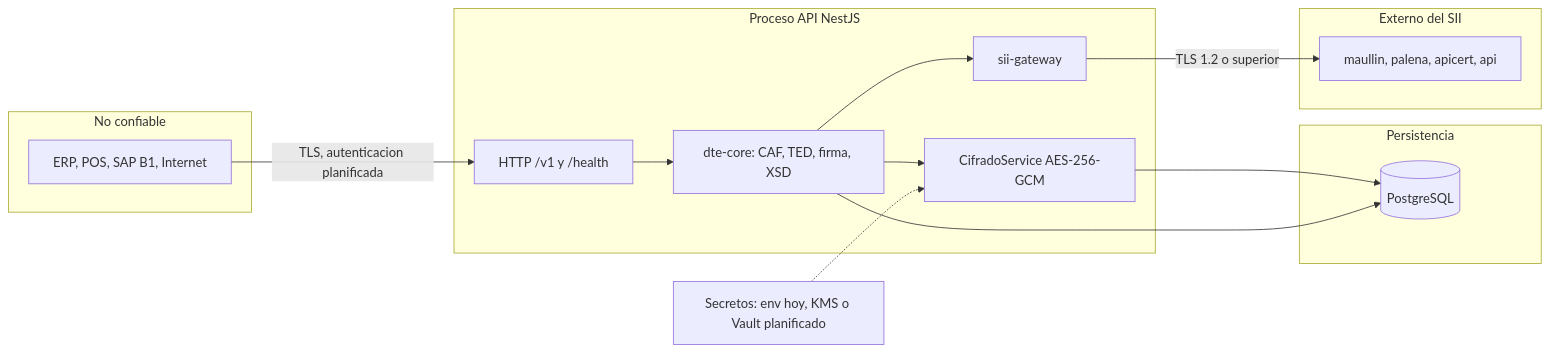
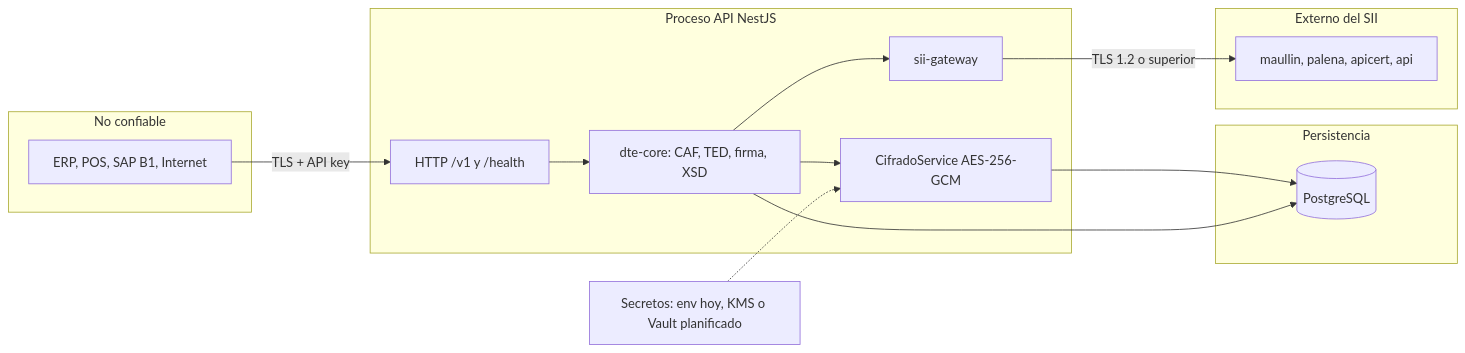
One commit to Asalas77/API_SII changed the first of 2 diagrams in docs/diseno/08-seguridad.md. Above: the diagram before and after it, drawn with Mermaid. The commit also changed other lines of this file and 41 other files, not shown here.

````diff
--- a/docs/diseno/08-seguridad.md
+++ b/docs/diseno/08-seguridad.md
@@ -26,28 +26,28 @@
 ```mermaid
 flowchart LR
     subgraph Externo["No confiable"]
         Cliente["ERP, POS, SAP B1, Internet"]
     end
     subgraph Servicio["Proceso API NestJS"]
         HTTP["HTTP /v1 y /health"]
         Dominio["dte-core: CAF, TED, firma, XSD"]
         GW["sii-gateway"]
         Cifrado["CifradoService AES-256-GCM"]
     end
     subgraph Datos["Persistencia"]
         PG[("PostgreSQL")]
     end
     subgraph SIIext["Externo del SII"]
         SII["maullin, palena, apicert, api"]
     end
     KMS["Secretos: env hoy, KMS o Vault planificado"]
 
-    Cliente -->|"TLS, autenticacion planificada"| HTTP
+    Cliente -->|"TLS + API key"| HTTP
     HTTP --> Dominio
     Dominio --> Cifrado
     Cifrado --> PG
     KMS -.-> Cifrado
     Dominio --> GW
     GW -->|"TLS 1.2 o superior"| SII
     Dominio --> PG
 ```
````
